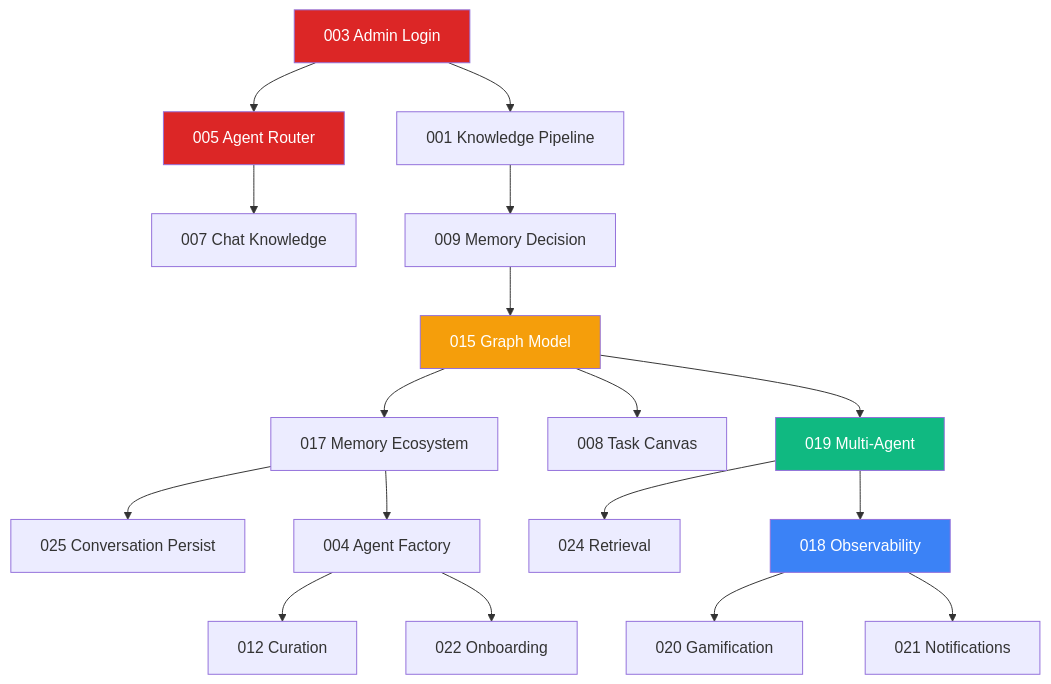
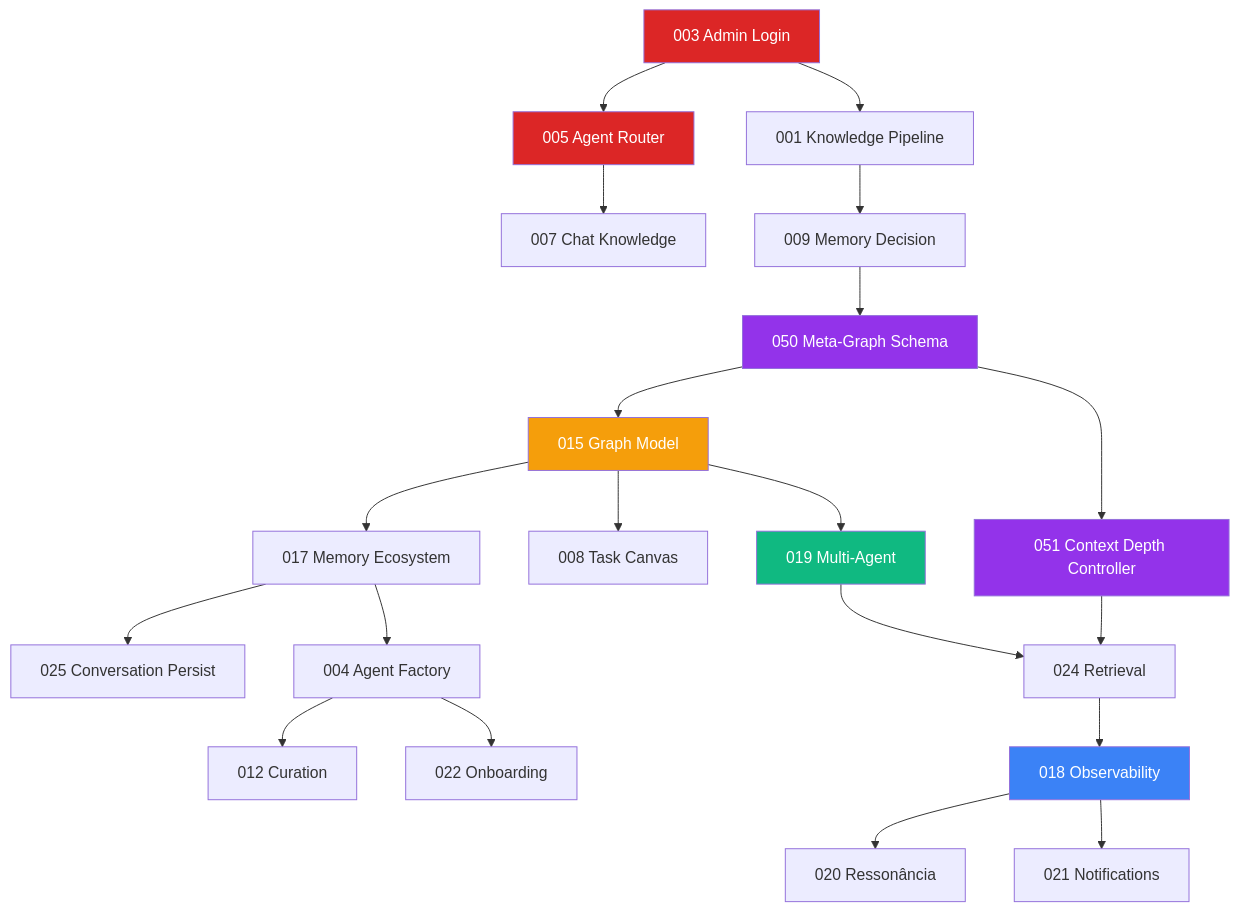
Before and after one commit to Trindade11/Teste: the first of 2 diagrams in EKS/specs/_ROADMAP.md, drawn with Mermaid. The commit also changed other lines of this file and 53 other files, not shown here.

````diff
--- a/EKS/specs/_ROADMAP.md
+++ b/EKS/specs/_ROADMAP.md
@@ -147,28 +167,33 @@
 ```mermaid
 graph TD
     S1_003["003 Admin Login"] --> S1_005["005 Agent Router"]
     S1_003 --> S1_001["001 Knowledge Pipeline"]
     S1_005 --> S1_007["007 Chat Knowledge"]
     S1_001 --> S1_009["009 Memory Decision"]
     
-    S1_009 --> S2_015["015 Graph Model"]
+    S1_009 --> S2_050["050 Meta-Graph Schema"]
+    S2_050 --> S2_015["015 Graph Model"]
     S2_015 --> S2_017["017 Memory Ecosystem"]
     S2_017 --> S2_025["025 Conversation Persist"]
     S2_015 --> S2_008["008 Task Canvas"]
     
+    S2_050 --> S3_051["051 Context Depth Controller"]
     S2_017 --> S3_004["004 Agent Factory"]
     S2_015 --> S3_019["019 Multi-Agent"]
-    S3_019 --> S3_024["024 Retrieval"]
+    S3_051 --> S3_024["024 Retrieval"]
+    S3_019 --> S3_024
     S3_004 --> S3_012["012 Curation"]
     
-    S3_019 --> S4_018["018 Observability"]
+    S3_024 --> S4_018["018 Observability"]
     S3_004 --> S4_022["022 Onboarding"]
-    S4_018 --> S4_020["020 Gamification"]
+    S4_018 --> S4_020["020 Ressonância"]
     S4_018 --> S4_021["021 Notifications"]
     
     style S1_003 fill:#dc2626,color:#fff
     style S1_005 fill:#dc2626,color:#fff
+    style S2_050 fill:#9333ea,color:#fff
     style S2_015 fill:#f59e0b,color:#fff
+    style S3_051 fill:#9333ea,color:#fff
     style S3_019 fill:#10b981,color:#fff
     style S4_018 fill:#3b82f6,color:#fff
 ```
````
